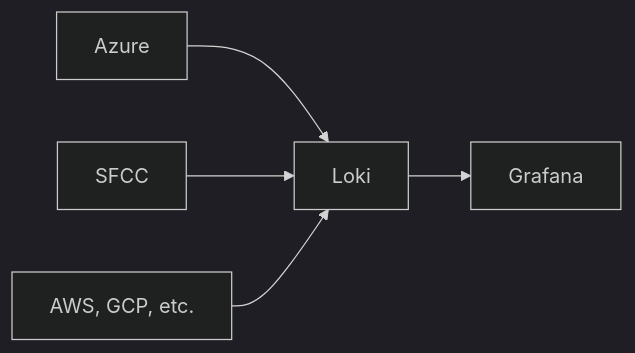
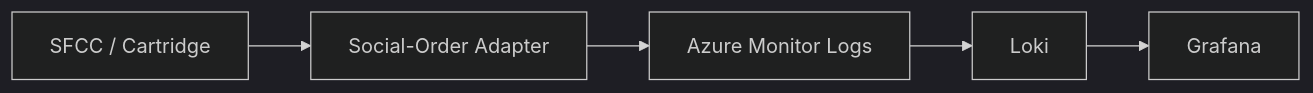
One commit to alienfacepalm/columbia-social-order-use-case changed the eighth of 10 diagrams in presentation.md. Above: the diagram before and after it, drawn with Mermaid (dark theme). The commit also changed other lines of this file and 7 other files, not shown here.

````diff
--- a/presentation.md
+++ b/presentation.md
@@ -280,7 +287,7 @@
 ```mermaid
 flowchart LR
-    Azure["Azure"] --> Loki["Loki"]
-    SFCC["SFCC"] --> Loki
-    Other["AWS, GCP, etc."] --> Loki
+    SFCC["SFCC / Cartridge"] --> Adapter["Social-Order Adapter"]
+    Adapter --> AM["Azure Monitor Logs"]
+    AM --> Loki["Loki"]
     Loki --> Grafana["Grafana"]
 ```
````
